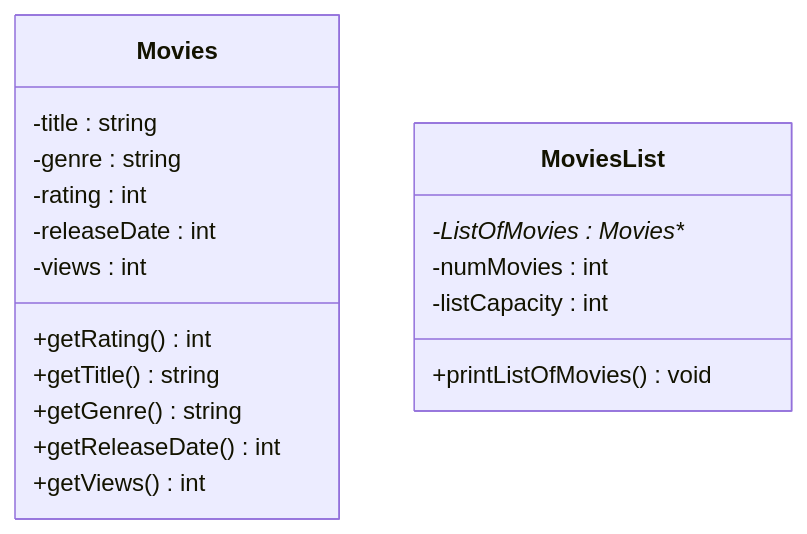
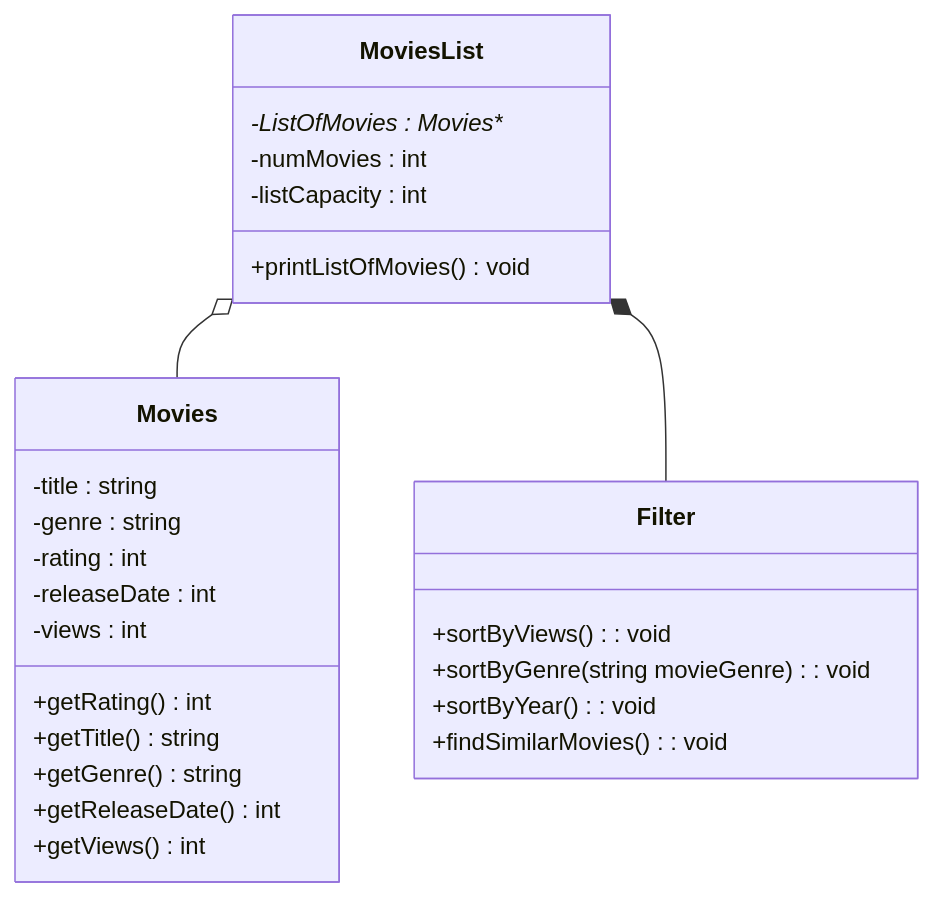
One commit to ssant096/Movie-Recommeder changed the diagram in README.md. Above: the diagram before and after it, drawn with Mermaid.

Commit message:
added Filter class diagram and class relationships

````diff
--- a/README.md
+++ b/README.md
@@ -30,23 +30,30 @@
 ```mermaid
  classDiagram
- 
+ MoviesList o-- Movies
+ MoviesList *-- Filter
  class Movies{
    -title : string
    -genre : string
    -rating : int
    -releaseDate : int
    -views : int
    +getRating() int
    +getTitle() string
    +getGenre() string
    +getReleaseDate() int
    +getViews() int
  }
  class MoviesList{
    -ListOfMovies : Movies**
    -numMovies : int
    -listCapacity : int
    +printListOfMovies() void
  }
+ class Filter{
+   +sortByViews() : void
+   +sortByGenre(string movieGenre) : void
+   +sortByYear() : void
+   +findSimilarMovies() : void
+ }
  
  ```
````
